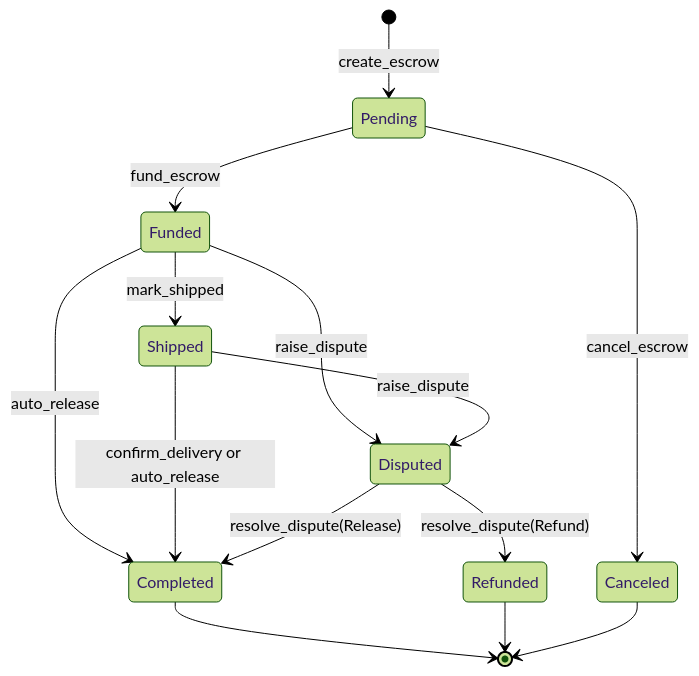
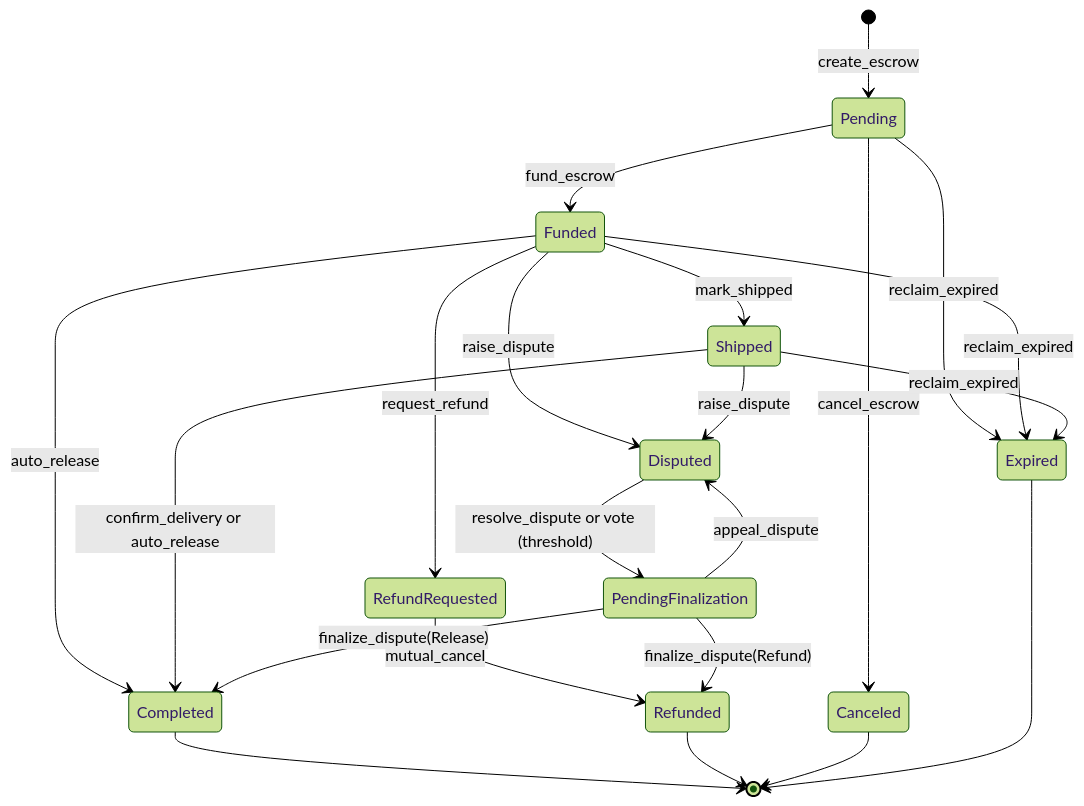
The diagram in docs/state-machine.md (JSE-ORG/trust-link-contract), drawn with Mermaid (forest theme) before and after one commit. The commit also changed other lines of this file and 4 other files, not shown here.

````diff
--- a/docs/state-machine.md
+++ b/docs/state-machine.md
@@ -20,21 +23,31 @@
 ```mermaid
 stateDiagram-v2
     [*] --> Pending: create_escrow
 
     Pending --> Funded: fund_escrow
     Pending --> Canceled: cancel_escrow
+    Pending --> Expired: reclaim_expired
 
     Funded --> Shipped: mark_shipped
+    Funded --> RefundRequested: request_refund
     Funded --> Disputed: raise_dispute
     Funded --> Completed: auto_release
+    Funded --> Expired: reclaim_expired
+
+    RefundRequested --> Refunded: mutual_cancel
 
     Shipped --> Disputed: raise_dispute
     Shipped --> Completed: confirm_delivery or auto_release
+    Shipped --> Expired: reclaim_expired
 
-    Disputed --> Completed: resolve_dispute(Release)
-    Disputed --> Refunded: resolve_dispute(Refund)
+    Disputed --> PendingFinalization: resolve_dispute or vote (threshold)
+
+    PendingFinalization --> Completed: finalize_dispute(Release)
+    PendingFinalization --> Refunded: finalize_dispute(Refund)
+    PendingFinalization --> Disputed: appeal_dispute
 
     Completed --> [*]
     Refunded --> [*]
     Canceled --> [*]
+    Expired --> [*]
 ```
````
